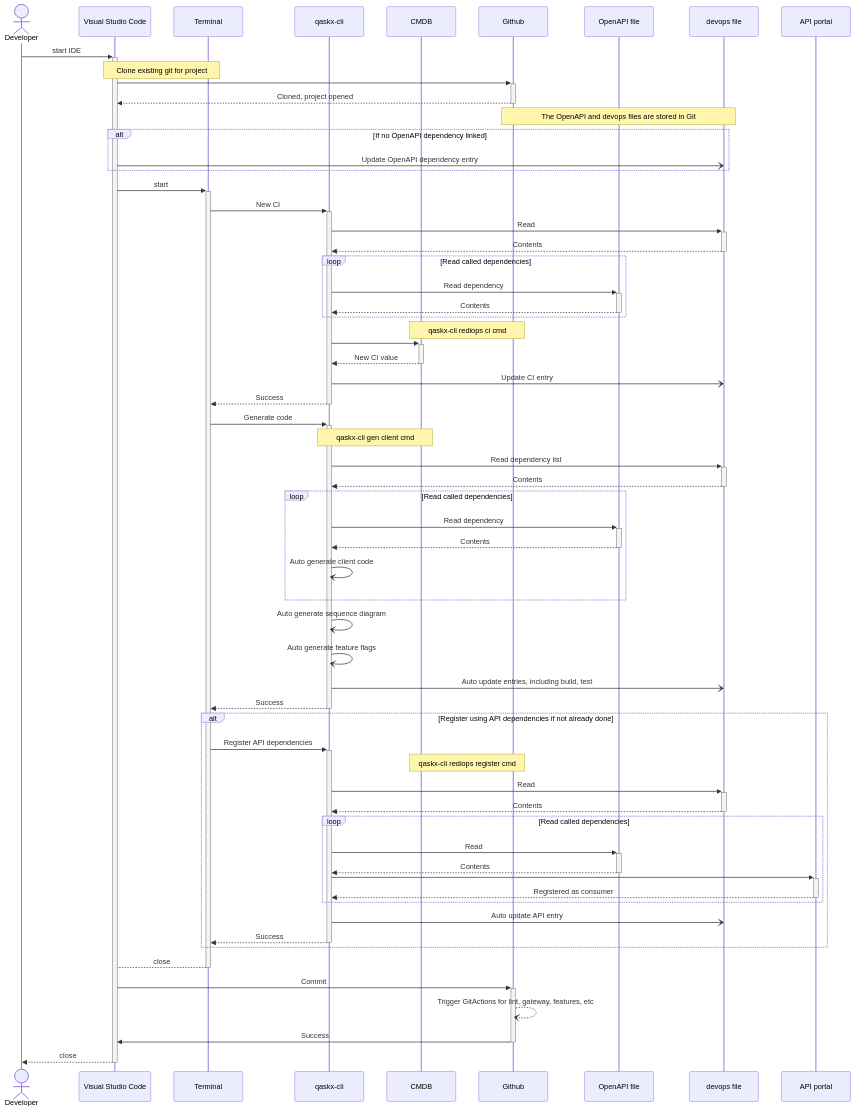
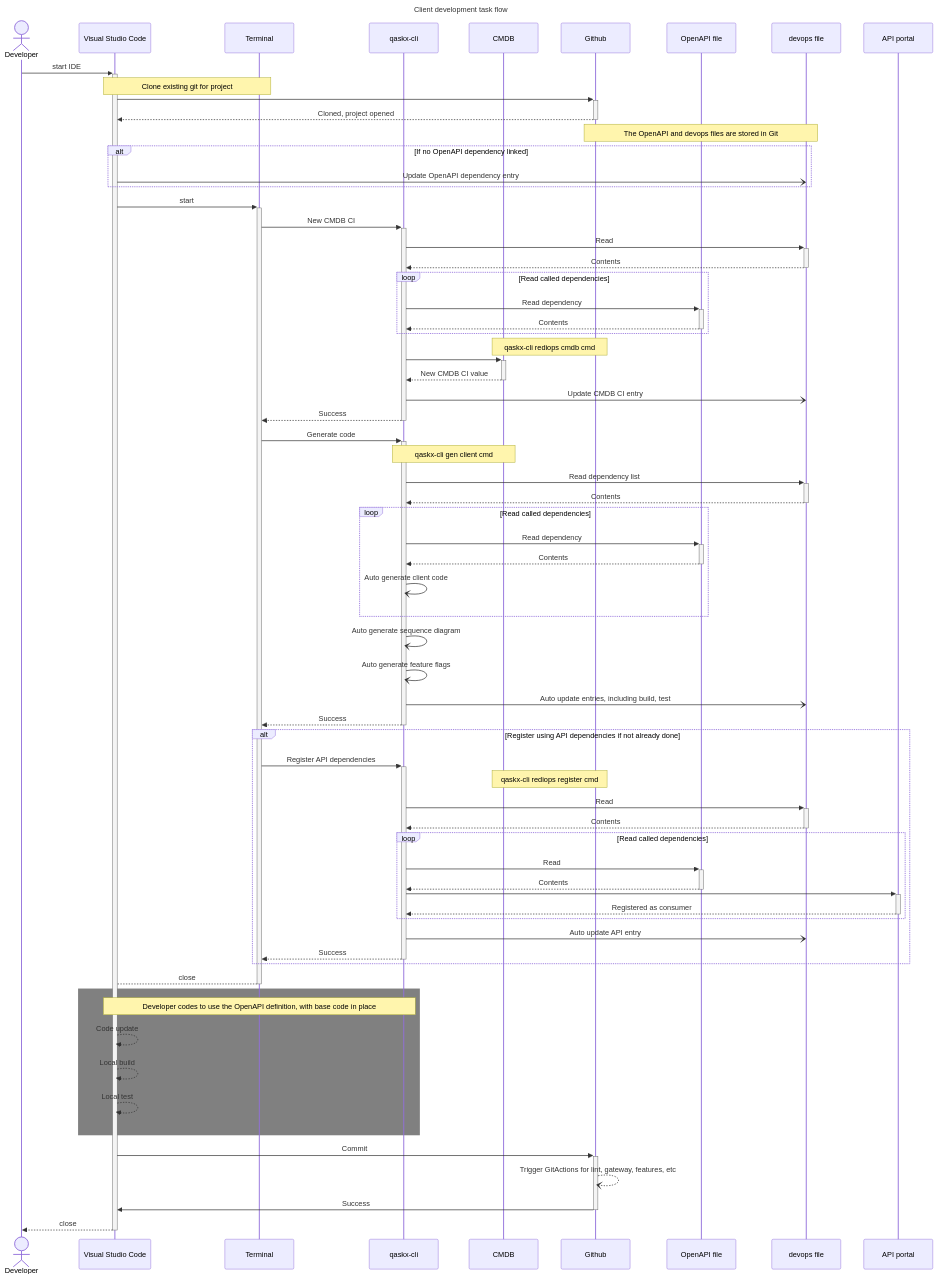
Before and after one commit to meerkat-manor/rediOps: the first of 2 diagrams in docs/developer_client_start.md, drawn with Mermaid. The commit also changed other lines of this file and 6 other files, not shown here.

````diff
--- a/docs/developer_client_start.md
+++ b/docs/developer_client_start.md
@@ -28,5 +28,7 @@
 ```mermaid
-
+---
+title: Client development task flow
+---
 sequenceDiagram
 
     actor dev as Developer
@@ -53,17 +55,17 @@
     end
 
     vsc ->>+ term: start
-    term ->>+ qaskx: New CI
+    term ->>+ qaskx: New CMDB CI
     qaskx ->>+ devops: Read 
     devops -->>- qaskx: Contents
     loop Read called dependencies
     qaskx ->>+ oas3f: Read dependency
     oas3f -->>- qaskx: Contents
     end
-    Note over cmdb, git: qaskx-cli rediops ci cmd
+    Note over cmdb, git: qaskx-cli rediops cmdb cmd
     qaskx ->>+ cmdb: 
-    cmdb -->>- qaskx: New CI value
-    qaskx -) devops: Update CI entry
+    cmdb -->>- qaskx: New CMDB CI value
+    qaskx -) devops: Update CMDB CI entry
     qaskx -->>- term: Success
 
     term ->>+ qaskx: Generate code
@@ -99,6 +101,13 @@
 
     term -->- vsc: close
 
+    rect grey
+    Note over vsc, qaskx: Developer codes to use the OpenAPI definition, with base code in place
+    vsc -->> vsc: Code update
+    vsc -->> vsc: Local build
+    vsc -->> vsc: Local test
+    end 
+    
     vsc ->>+ git: Commit
     git --) git: Trigger GitActions for lint, gateway, features, etc 
     git ->>- vsc: Success
````
